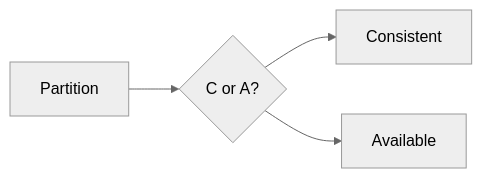
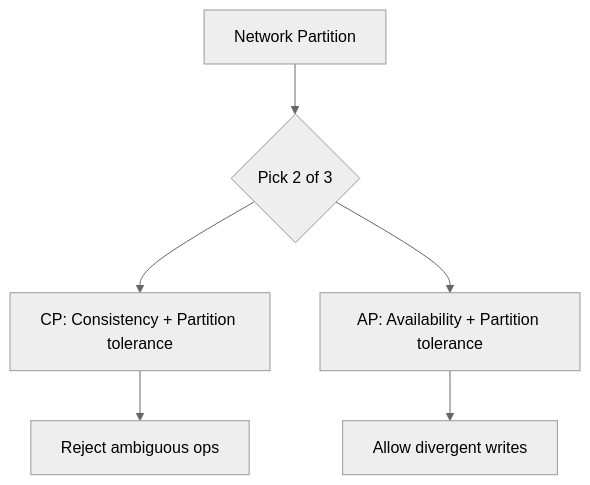
One commit to hareramcse/SystemDesign changed the tenth of 21 diagrams in 04-distributed-system/README.md. Above: the diagram before and after it, drawn with Mermaid (neutral theme). The commit also changed other lines of this file and 15 other files, not shown here.

````diff
--- a/04-distributed-system/README.md
+++ b/04-distributed-system/README.md
@@ -176,6 +599,8 @@
 ```mermaid
-flowchart LR
-    P[Partition] --> Choice{C or A?}
-    Choice --> CP[Consistent]
-    Choice --> AP[Available]
+flowchart TB
+    P[Network Partition] --> Choice{Pick 2 of 3}
+    Choice --> CP[CP: Consistency + Partition tolerance]
+    Choice --> AP[AP: Availability + Partition tolerance]
+    CP --> Reject[Reject ambiguous ops]
+    AP --> Diverge[Allow divergent writes]
 ```
````
